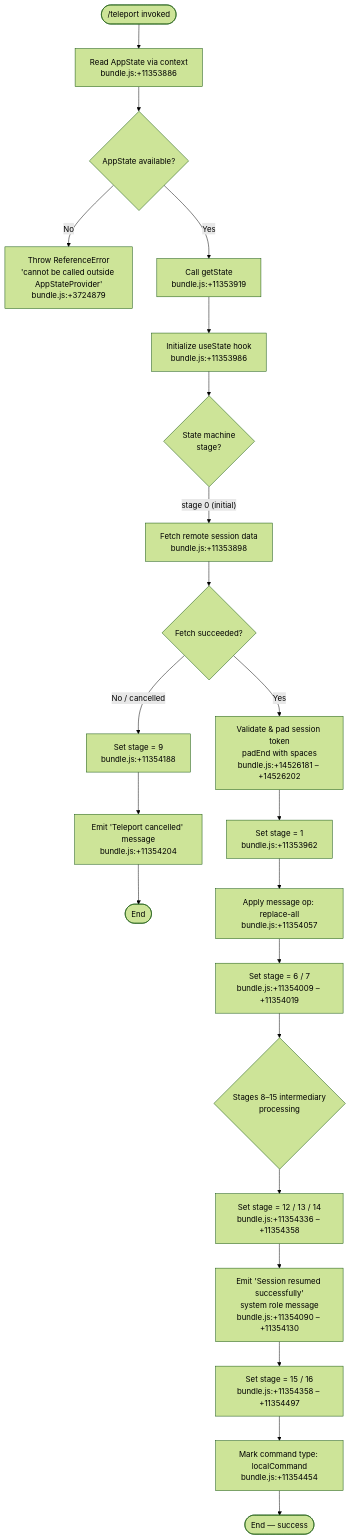
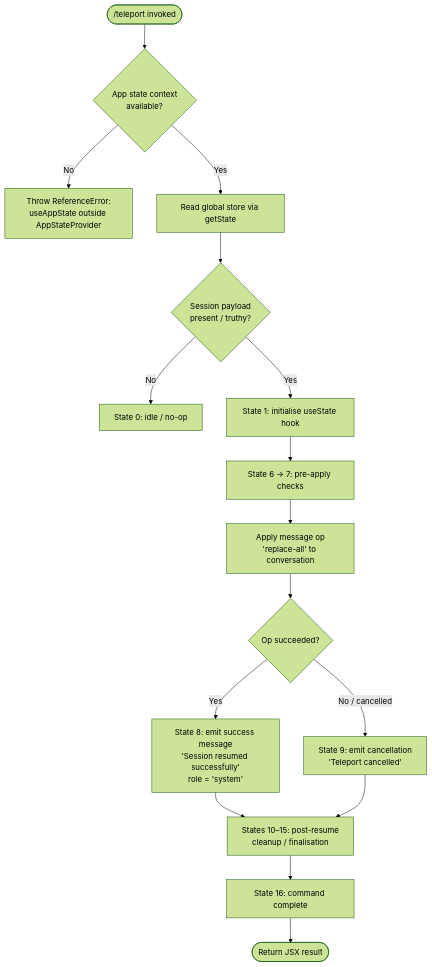
One commit to MyLittleLuckyDog/cc-gnothi changed the diagram in versions/v2.1.143/teleport.md. Above: the diagram before and after it, drawn with Mermaid (forest theme). The commit also changed other lines of this file and 87 other files, not shown here.

````diff
--- a/versions/v2.1.143/teleport.md
+++ b/versions/v2.1.143/teleport.md
@@ -48,29 +46,18 @@
 ```mermaid
 flowchart TD
-    A(["/teleport invoked"]) --> B[Read AppState via context\nbundle.js:+11353886]
-    B --> C{AppState available?}
-    C -- No --> D[Throw ReferenceError\n'cannot be called outside AppStateProvider'\nbundle.js:+3724879]
-    C -- Yes --> E[Call getState\nbundle.js:+11353919]
-    E --> F[Initialize useState hook\nbundle.js:+11353986]
-    F --> G{State machine\nstage?}
-
-    G -- "stage 0 (initial)" --> H[Fetch remote session data\nbundle.js:+11353898]
-    H --> I{Fetch succeeded?}
-    I -- No / cancelled --> J[Set stage = 9\nbundle.js:+11354188]
-    J --> K[Emit 'Teleport cancelled' message\nbundle.js:+11354204]
-    K --> Z([End])
-
-    I -- Yes --> L[Validate & pad session token\npadEnd with spaces\nbundle.js:+14526181 – +14526202]
-    L --> M[Set stage = 1\nbundle.js:+11353962]
-
-    M --> N[Apply message op: replace-all\nbundle.js:+11354057]
-    N --> O[Set stage = 6 / 7\nbundle.js:+11354009 – +11354019]
-
-    O --> P{Stages 8–15 intermediary\nprocessing}
-    P --> Q[Set stage = 12 / 13 / 14\nbundle.js:+11354336 – +11354358]
-
-    Q --> R[Emit 'Session resumed successfully'\nsystem role message\nbundle.js:+11354090 – +11354130]
-    R --> S[Set stage = 15 / 16\nbundle.js:+11354358 – +11354497]
-    S --> T[Mark command type: localCommand\nbundle.js:+11354454]
-    T --> Z2([End — success])
+    A(["/teleport invoked"]) --> B{App state context\navailable?}
+    B -- No --> C[Throw ReferenceError:\nuseAppState outside AppStateProvider]
+    B -- Yes --> D[Read global store via getState]
+    D --> E{Session payload\npresent / truthy?}
+    E -- No --> F[State 0: idle / no-op]
+    E -- Yes --> G[State 1: initialise useState hook]
+    G --> H[State 6 → 7: pre-apply checks]
+    H --> I[Apply message op\n'replace-all' to conversation]
+    I --> J{Op succeeded?}
+    J -- Yes --> K[State 8: emit success message\n'Session resumed successfully'\nrole = 'system']
+    J -- No / cancelled --> L[State 9: emit cancellation\n'Teleport cancelled']
+    K --> M[States 10–15: post-resume\ncleanup / finalisation]
+    L --> M
+    M --> N[State 16: command complete]
+    N --> O([Return JSX result])
 ```
````
